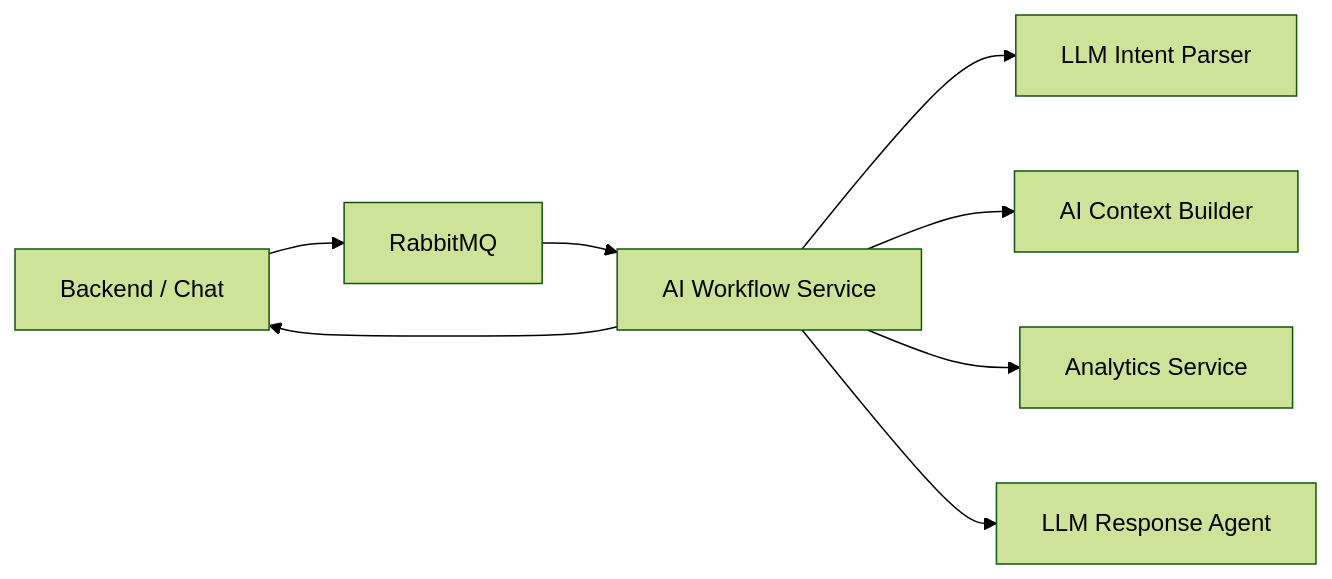
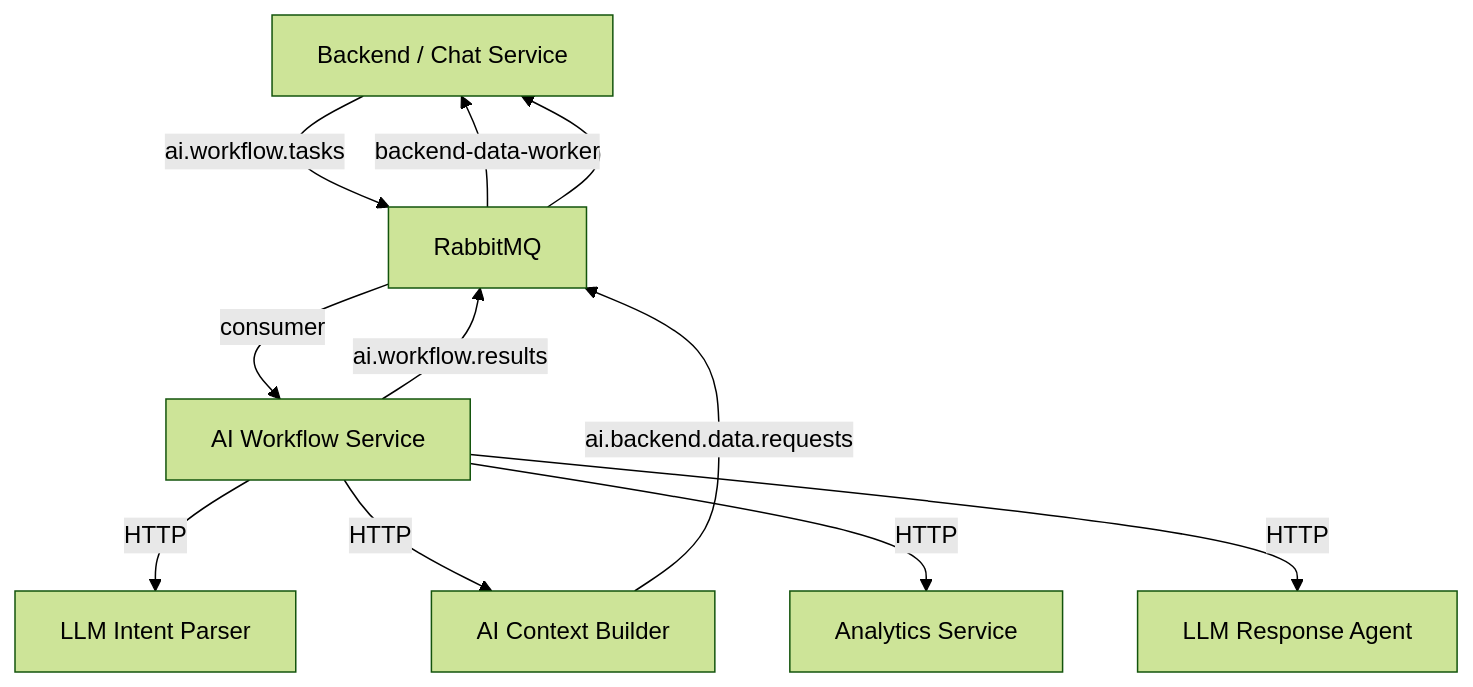
The second of 2 diagrams in README.md (voronka-hack-finance/AI-Workflow), drawn with Mermaid (forest theme) before and after one commit. The commit also changed other lines of this file and 11 other files, not shown here.

````diff
--- a/README.md
+++ b/README.md
@@ -13,10 +65,16 @@
 ```mermaid
-flowchart LR
-  Backend["Backend / Chat"] --> RabbitMQ
-  RabbitMQ --> Workflow["AI Workflow Service"]
-  Workflow --> Intent["LLM Intent Parser"]
-  Workflow --> Context["AI Context Builder"]
-  Workflow --> Analytics["Analytics Service"]
-  Workflow --> Response["LLM Response Agent"]
-  Workflow --> Backend
+flowchart TB
+  Backend["Backend / Chat Service"]
+  RMQ["RabbitMQ"]
+
+  Backend -->|"ai.workflow.tasks"| RMQ
+  RMQ -->|"consumer"| WF["AI Workflow Service"]
+  WF -->|"HTTP"| IP["LLM Intent Parser"]
+  WF -->|"HTTP"| CB["AI Context Builder"]
+  WF -->|"HTTP"| AN["Analytics Service"]
+  WF -->|"HTTP"| RA["LLM Response Agent"]
+  CB -->|"ai.backend.data.requests"| RMQ
+  RMQ -->|"backend-data-worker"| Backend
+  WF -->|"ai.workflow.results"| RMQ
+  RMQ --> Backend
 ```
````
